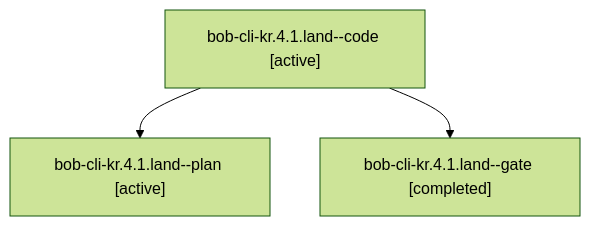
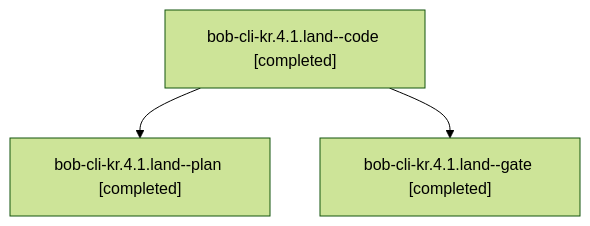
One commit to bobs-org/bob-cli--agents changed the diagram in sessions/bbugyi200.apollo.bob-cli-kr.4.1.land.md. Above: the diagram before and after it, drawn with Mermaid (forest theme). The commit also changed other lines of this file and 38 other files, not shown here.

````diff
--- a/sessions/bbugyi200.apollo.bob-cli-kr.4.1.land.md
+++ b/sessions/bbugyi200.apollo.bob-cli-kr.4.1.land.md
@@ -9,8 +9,8 @@
 ```mermaid
 flowchart TD
-  n0["bob-cli-kr.4.1.land--code [active]"]
-  n1["bob-cli-kr.4.1.land--plan [active]"]
+  n0["bob-cli-kr.4.1.land--code [completed]"]
+  n1["bob-cli-kr.4.1.land--plan [completed]"]
   n0 --> n1
   n2["bob-cli-kr.4.1.land--gate [completed]"]
   n0 --> n2
 ```
````
